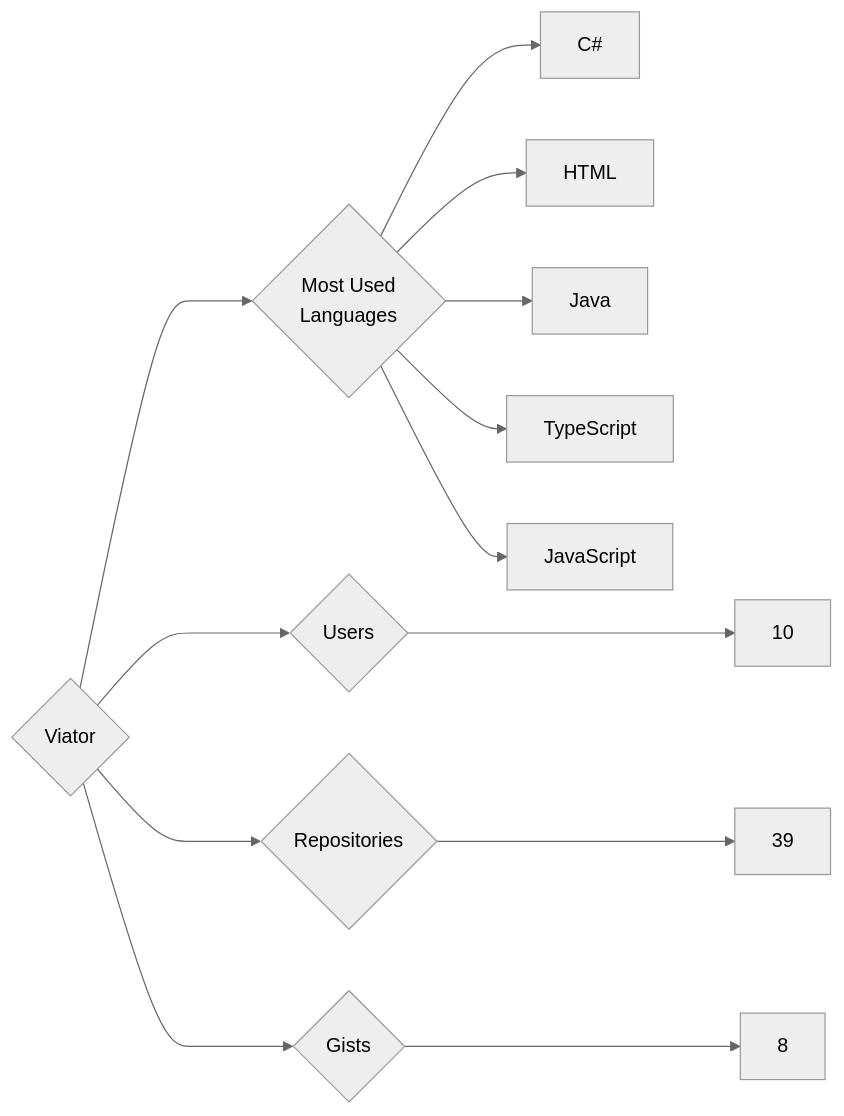
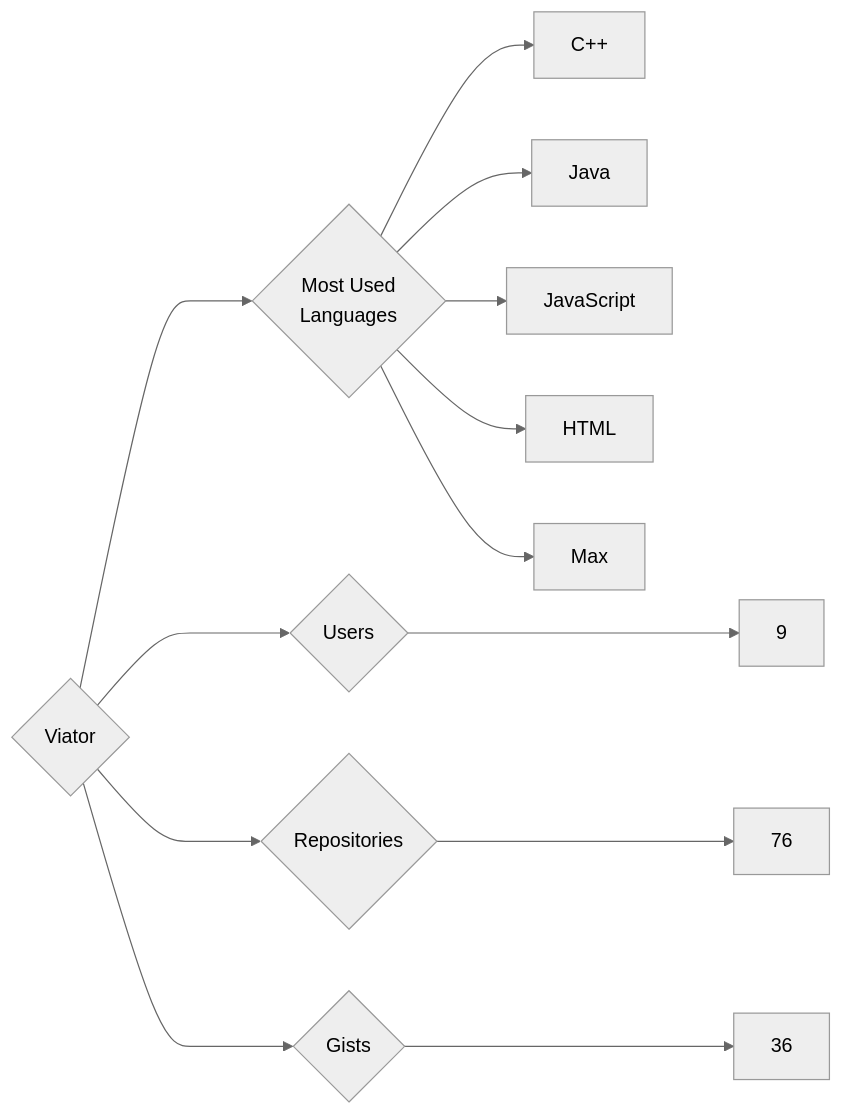
The diagram in targets/Viator/README.md (trickest/insiders), drawn with Mermaid (neutral theme) before and after one commit. The commit also changed 973 other files, not shown here.

````diff
--- a/targets/Viator/README.md
+++ b/targets/Viator/README.md
@@ -3,13 +3,13 @@
 ```mermaid
 graph LR
 COMPANY_NAME{Viator}
-COMPANY_NAME ---> U{Users} ---> UN[10]
-COMPANY_NAME ---> R{Repositories} ---> RN[39]
-COMPANY_NAME ---> G{Gists} ---> GN[8]
+COMPANY_NAME ---> U{Users} ---> UN[9]
+COMPANY_NAME ---> R{Repositories} ---> RN[76]
+COMPANY_NAME ---> G{Gists} ---> GN[36]
 COMPANY_NAME ---> ML{Most Used<br>Languages}
-ML --> C#[C#]
+ML --> C++[C++]
+ML --> Java[Java]
+ML --> JavaScript[JavaScript]
 ML --> HTML[HTML]
-ML --> Java[Java]
-ML --> TypeScript[TypeScript]
-ML --> JavaScript[JavaScript]
+ML --> Max[Max]
 ```
````
